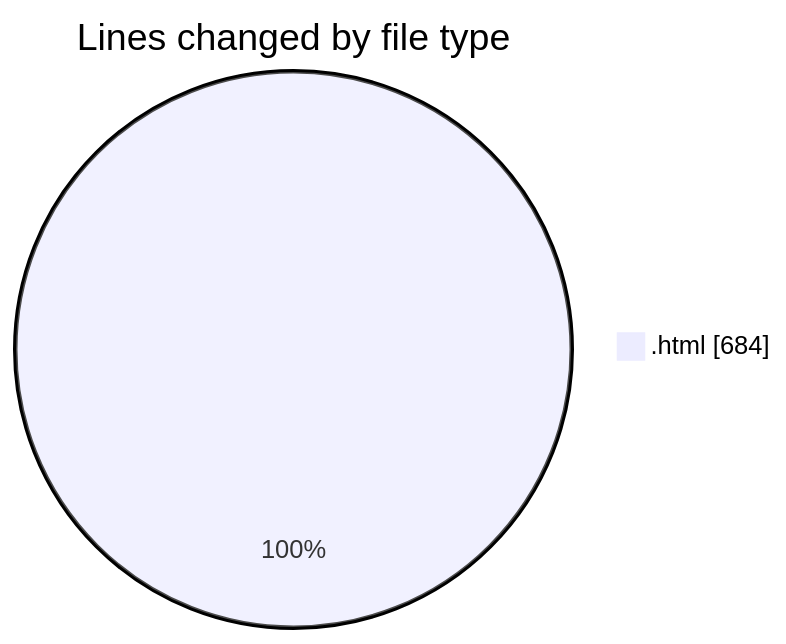
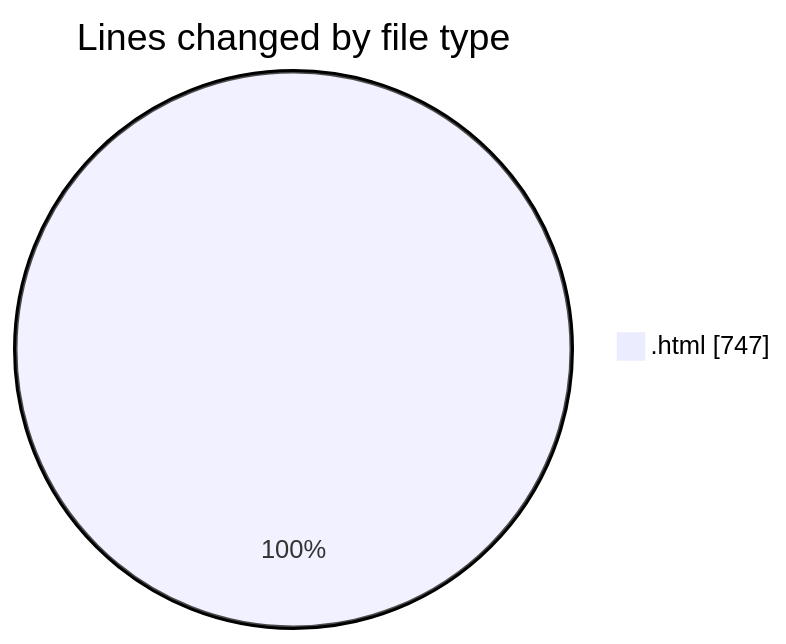
One commit to LanceThiago/code-tracking changed the first of 2 diagrams in 2025-01-08/nueva_carpeta/README.md. Above: the diagram before and after it, drawn with Mermaid. The commit also changed other lines of this file and 1 other file, not shown here.

````diff
--- a/2025-01-08/nueva_carpeta/README.md
+++ b/2025-01-08/nueva_carpeta/README.md
@@ -20,5 +20,5 @@
 ```mermaid
 pie showData
 title Lines changed by file type
-".html" : 684
+".html" : 747
 ```
````
